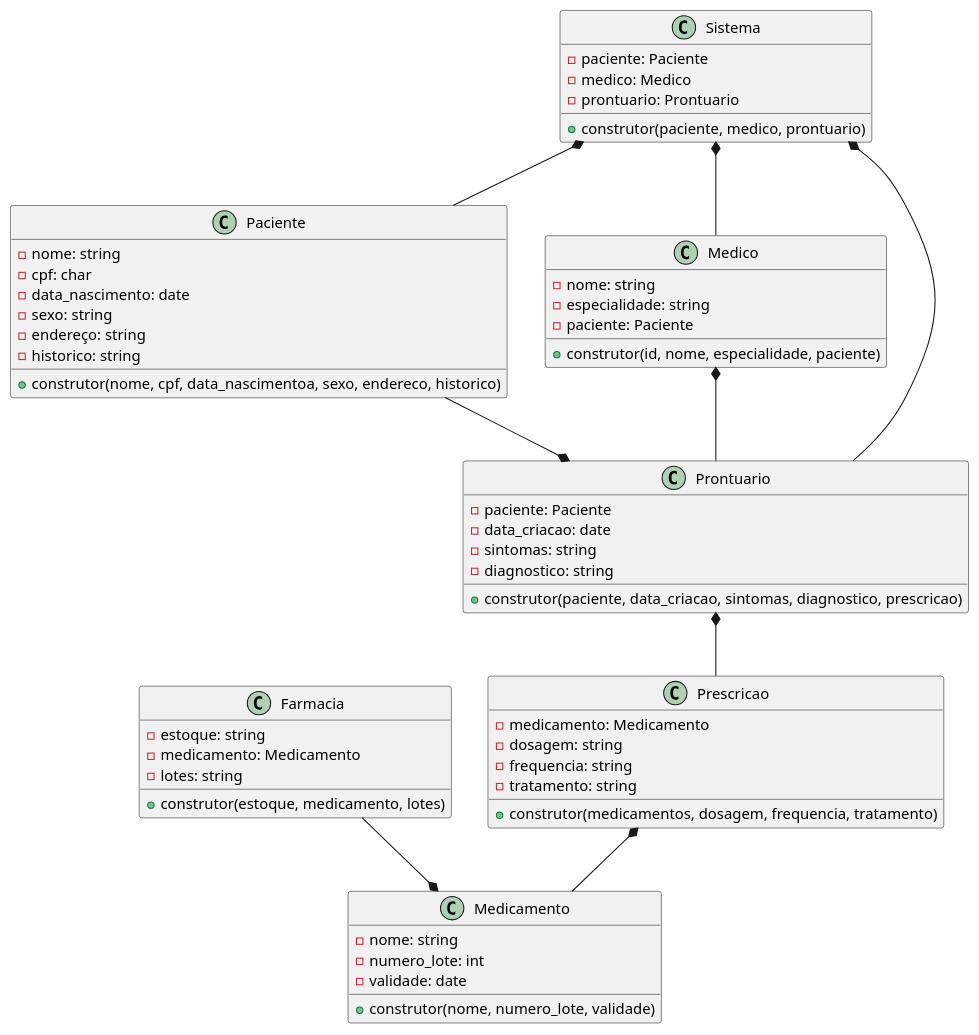
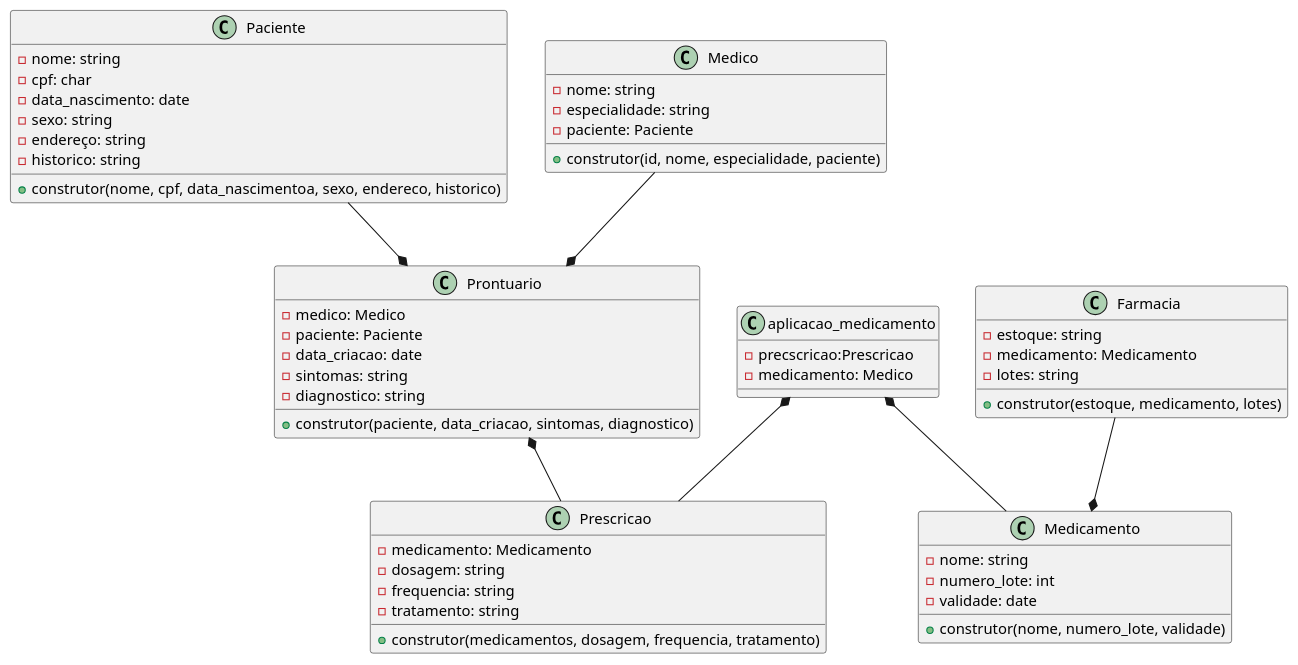
Before and after one commit to anleaes/2023-1-N2-POO-06: the diagram in diagrama/diagramaClasses.plantuml, drawn with PlantUML.

Commit message:
diagrama_prontuarioapp

```diff
--- a/diagrama/diagramaClasses.plantuml
+++ b/diagrama/diagramaClasses.plantuml
@@ -1,68 +1,64 @@
-@startuml
+@startuml prontuario
 class Paciente {
   - nome: string
   - cpf: char
   - data_nascimento: date
   - sexo: string
   - endereço: string
   - historico: string
   + construtor(nome, cpf, data_nascimentoa, sexo, endereco, historico)
 }
 
 class Medico {
   - nome: string
   - especialidade: string
   - paciente: Paciente
   + construtor(id, nome, especialidade, paciente)
 }
 
 class Medicamento {
   - nome: string
   - numero_lote: int
   - validade: date
   + construtor(nome, numero_lote, validade)
 }
 
 
 class Prescricao {
   - medicamento: Medicamento
   - dosagem: string
   - frequencia: string
   - tratamento: string
   + construtor(medicamentos, dosagem, frequencia, tratamento)
 }
 
+class aplicacao_medicamento {
+  - precscricao:Prescricao
+  - medicamento: Medico
+}
 class Prontuario {
+  - medico: Medico
   - paciente: Paciente
   - data_criacao: date
   - sintomas: string
   - diagnostico: string
-  + construtor(paciente, data_criacao, sintomas, diagnostico, prescricao)
+  + construtor(paciente, data_criacao, sintomas, diagnostico)
 }
 
 
 class Farmacia {
   - estoque: string
   - medicamento: Medicamento
   - lotes: string
   + construtor(estoque, medicamento, lotes)
 }
 
 
-class Sistema {
-  - paciente: Paciente
-  - medico: Medico
-  - prontuario: Prontuario
-  + construtor(paciente, medico, prontuario)
-}
-
 
 Paciente --* Prontuario
-Medico *-- Prontuario
+Medico --* Prontuario
 Prontuario *-- Prescricao
-Prescricao *-- Medicamento
 Farmacia --* Medicamento
-Sistema *-- Paciente
-Sistema *-- Medico
-Sistema *-- Prontuario
+aplicacao_medicamento *-- Prescricao
+aplicacao_medicamento *-- Medicamento
 @enduml
```
